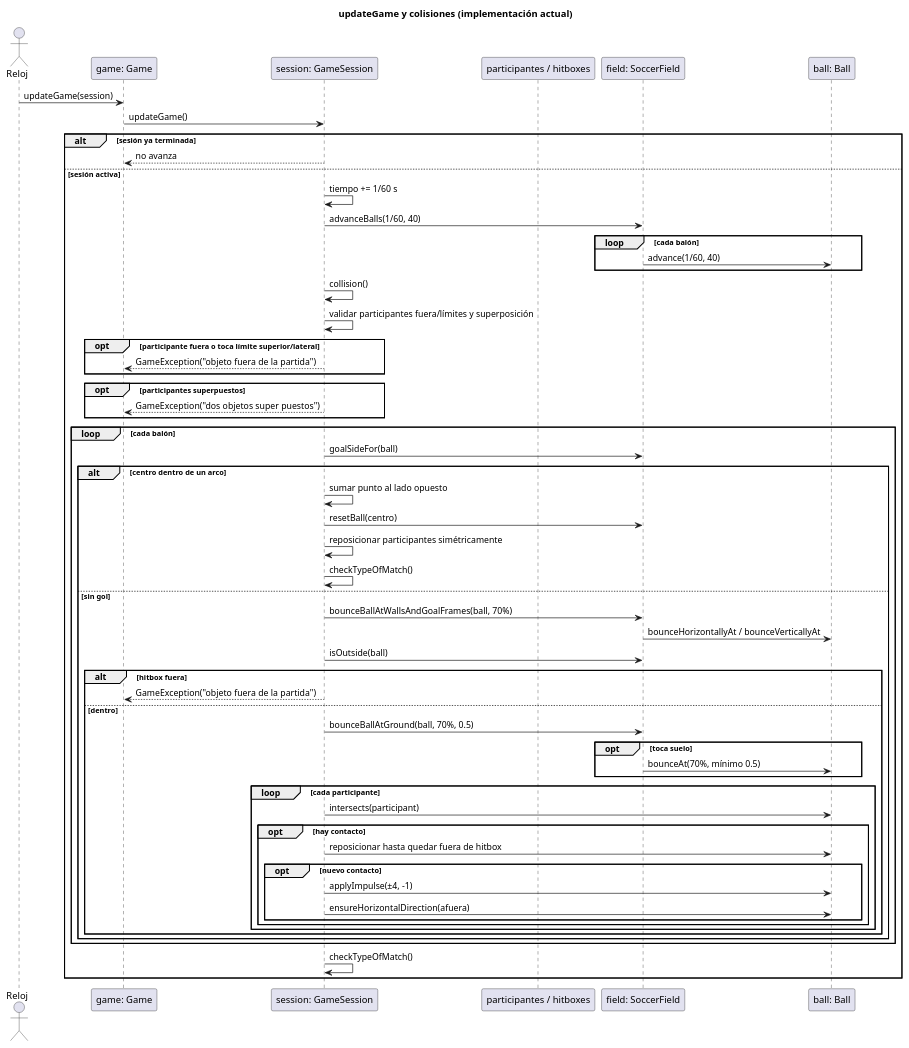
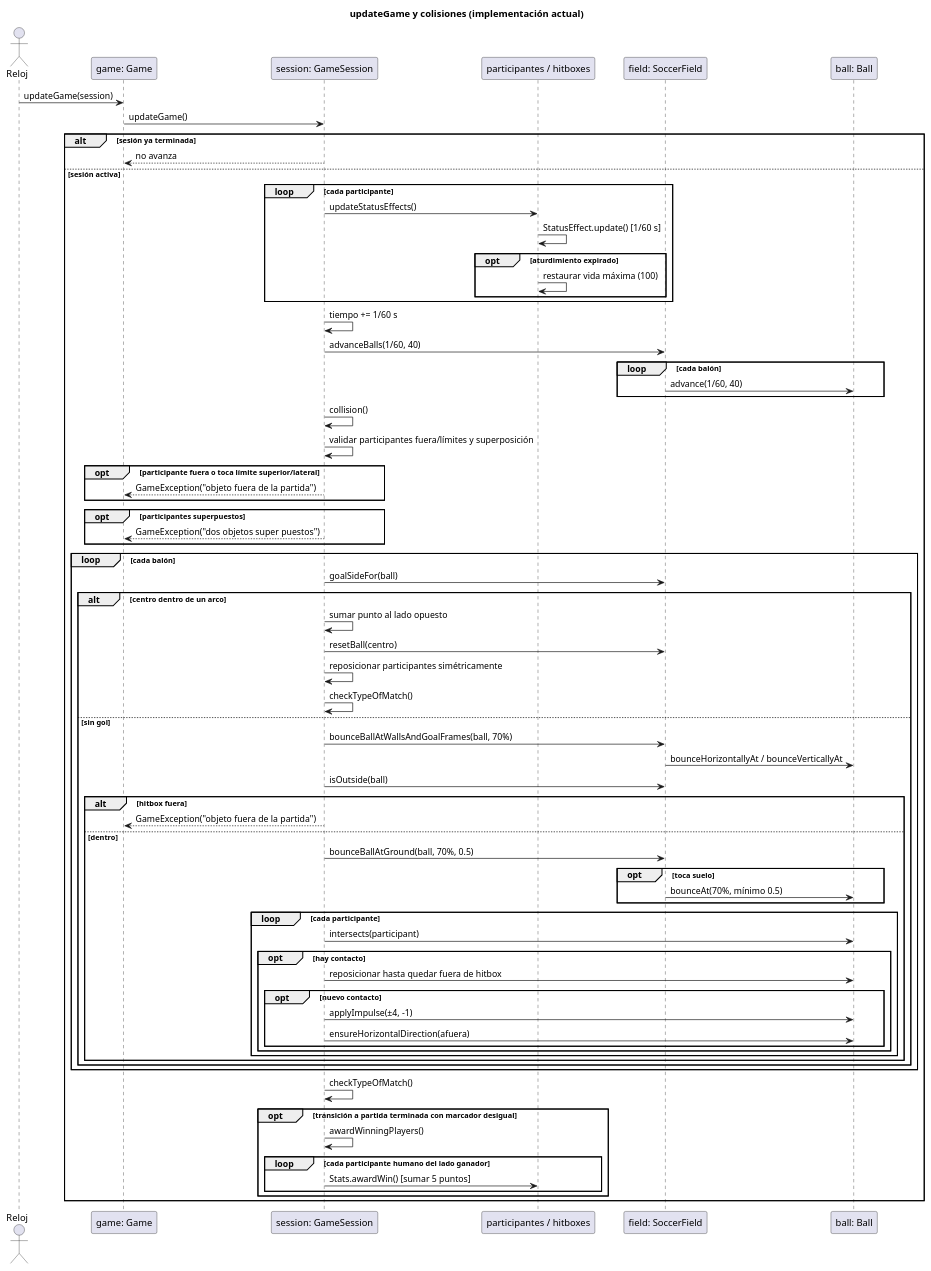
The ninth of 9 diagrams in docs/uml/domain-sequences.puml (PaglkG/ProyectoFinal-Dopo), drawn with PlantUML before and after one commit. The commit also changed other lines of this file and 59 other files, not shown here.

Commit message:
Implementa patadas con daño y aturdimiento, persistencia de estadísticas y poderes, amplía las pruebas y el banco visual, y muestra todas las hitboxes

```diff
--- a/docs/uml/domain-sequences.puml
+++ b/docs/uml/domain-sequences.puml
@@ -126,60 +166,73 @@
 @startuml
 title updateGame y colisiones (implementación actual)
 actor Reloj
 participant "game: Game" as G
 participant "session: GameSession" as S
 participant "participantes / hitboxes" as P
 participant "field: SoccerField" as F
 participant "ball: Ball" as B
 Reloj -> G: updateGame(session)
 G -> S: updateGame()
 alt sesión ya terminada
   S --> G: no avanza
 else sesión activa
+  loop cada participante
+    S -> P: updateStatusEffects()
+    P -> P: StatusEffect.update() [1/60 s]
+    opt aturdimiento expirado
+      P -> P: restaurar vida máxima (100)
+    end
+  end
   S -> S: tiempo += 1/60 s
   S -> F: advanceBalls(1/60, 40)
   loop cada balón
     F -> B: advance(1/60, 40)
   end
   S -> S: collision()
   S -> S: validar participantes fuera/límites y superposición
   opt participante fuera o toca límite superior/lateral
     S --> G: GameException("objeto fuera de la partida")
   end
   opt participantes superpuestos
     S --> G: GameException("dos objetos super puestos")
   end
   loop cada balón
     S -> F: goalSideFor(ball)
     alt centro dentro de un arco
       S -> S: sumar punto al lado opuesto
       S -> F: resetBall(centro)
       S -> S: reposicionar participantes simétricamente
       S -> S: checkTypeOfMatch()
     else sin gol
       S -> F: bounceBallAtWallsAndGoalFrames(ball, 70%)
       F -> B: bounceHorizontallyAt / bounceVerticallyAt
       S -> F: isOutside(ball)
       alt hitbox fuera
         S --> G: GameException("objeto fuera de la partida")
       else dentro
         S -> F: bounceBallAtGround(ball, 70%, 0.5)
         opt toca suelo
           F -> B: bounceAt(70%, mínimo 0.5)
         end
         loop cada participante
           S -> B: intersects(participant)
           opt hay contacto
             S -> B: reposicionar hasta quedar fuera de hitbox
             opt nuevo contacto
               S -> B: applyImpulse(±4, -1)
               S -> B: ensureHorizontalDirection(afuera)
             end
           end
         end
       end
     end
   end
   S -> S: checkTypeOfMatch()
+  opt transición a partida terminada con marcador desigual
+    S -> S: awardWinningPlayers()
+    loop cada participante humano del lado ganador
+      S -> P: Stats.awardWin() [sumar 5 puntos]
+    end
+  end
 end
 @enduml
```
